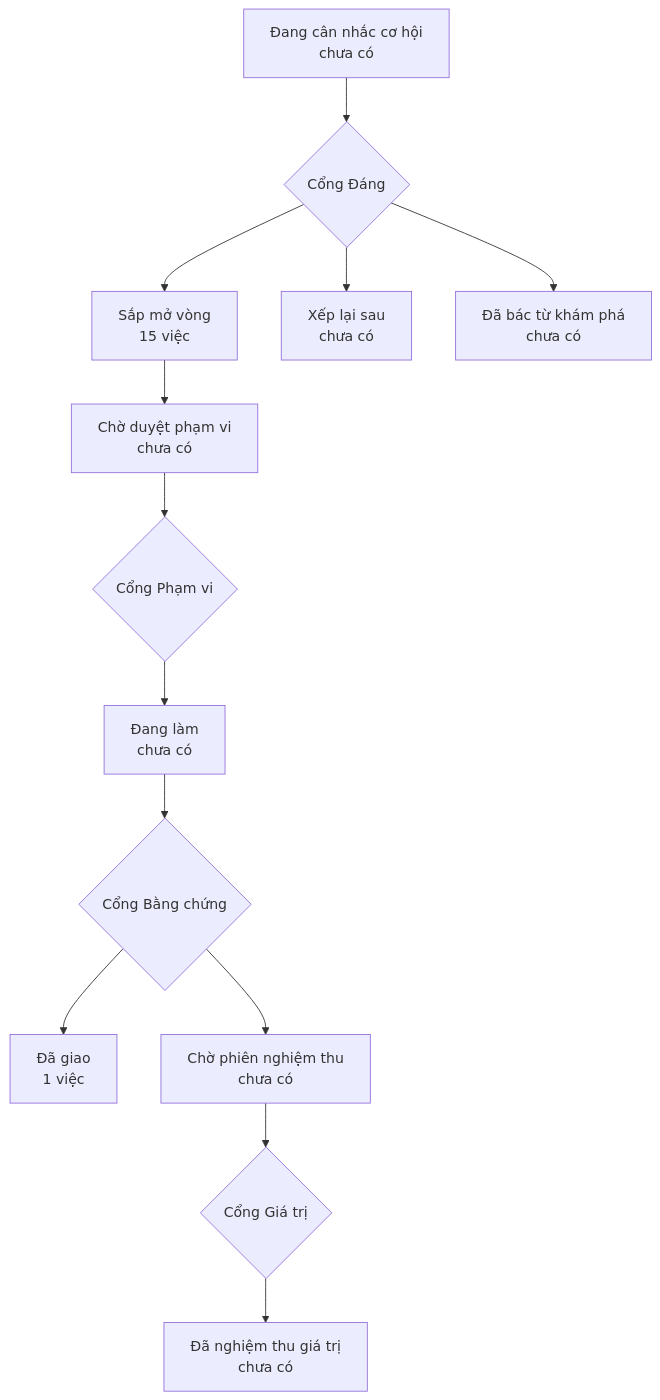
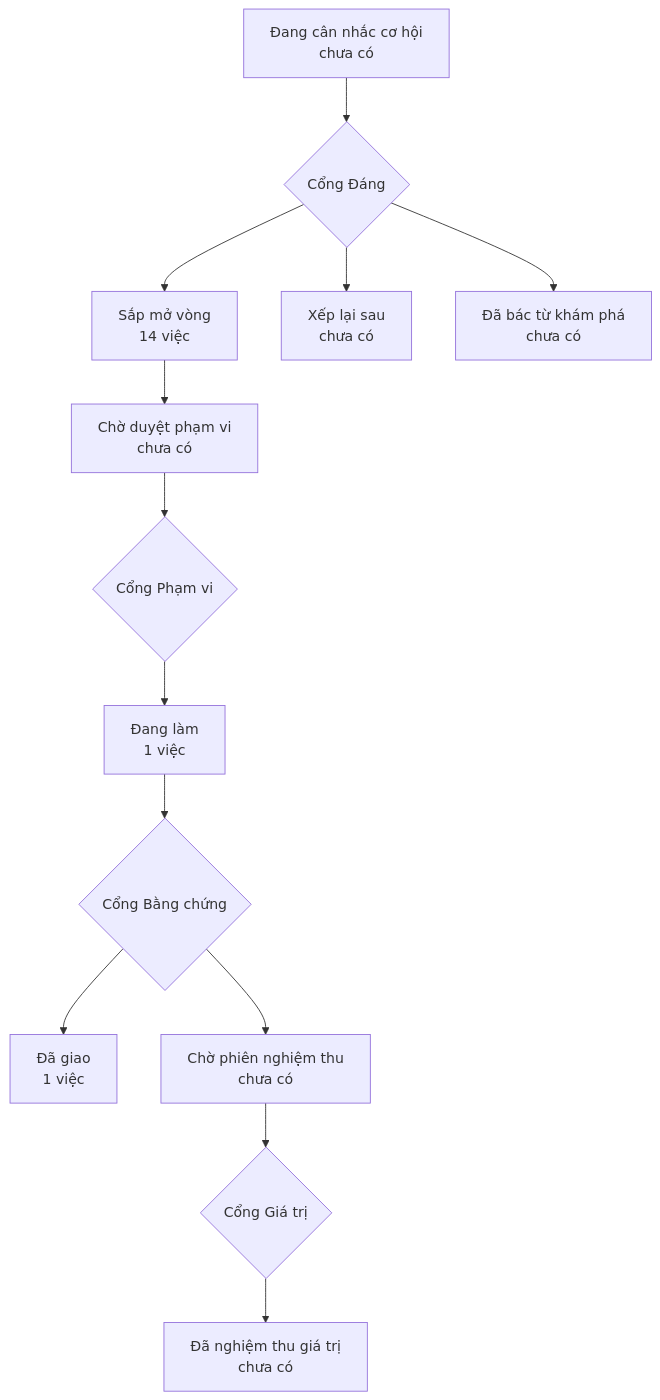
Before and after one commit to phanlemanh/onehub-inventory: the diagram in PRODUCT-MAP.md, drawn with Mermaid. The commit also changed other lines of this file and 1 other file, not shown here.

Commit message:
chore(danh-muc-reui): regenerate product map and roadmap page

````diff
--- a/PRODUCT-MAP.md
+++ b/PRODUCT-MAP.md
@@ -7,12 +7,12 @@
 ```mermaid
 flowchart TD
   A["Đang cân nhắc cơ hội<br/>chưa có"] --> GD{"Cổng Đáng"}
-  GD --> B["Sắp mở vòng<br/>15 việc"]
+  GD --> B["Sắp mở vòng<br/>14 việc"]
   GD --> XL["Xếp lại sau<br/>chưa có"]
   GD --> DB["Đã bác từ khám phá<br/>chưa có"]
   B --> CD["Chờ duyệt phạm vi<br/>chưa có"] --> GP{"Cổng Phạm vi"}
-  GP --> DL["Đang làm<br/>chưa có"] --> GB{"Cổng Bằng chứng"}
+  GP --> DL["Đang làm<br/>1 việc"] --> GB{"Cổng Bằng chứng"}
   GB --> DG["Đã giao<br/>1 việc"]
   GB --> CN["Chờ phiên nghiệm thu<br/>chưa có"] --> GG{"Cổng Giá trị"}
   GG --> NT["Đã nghiệm thu giá trị<br/>chưa có"]
 ```
````
